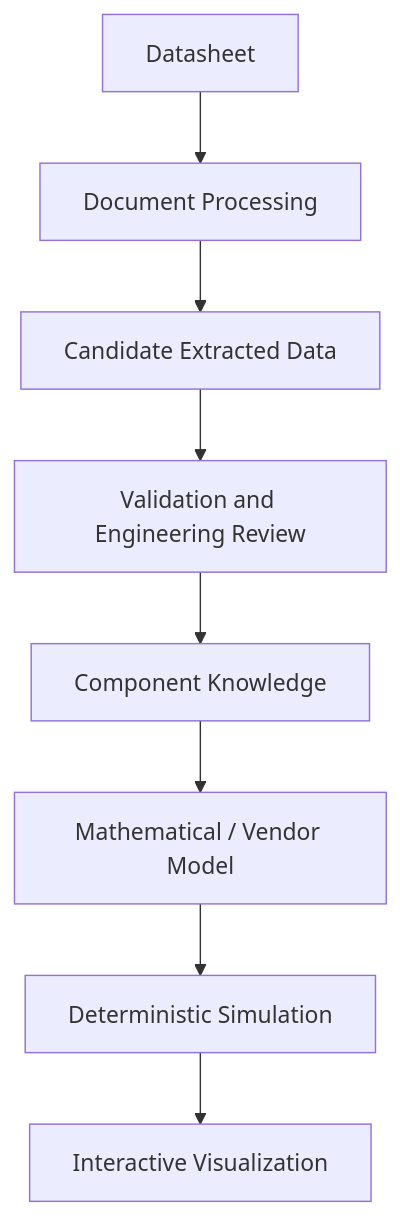
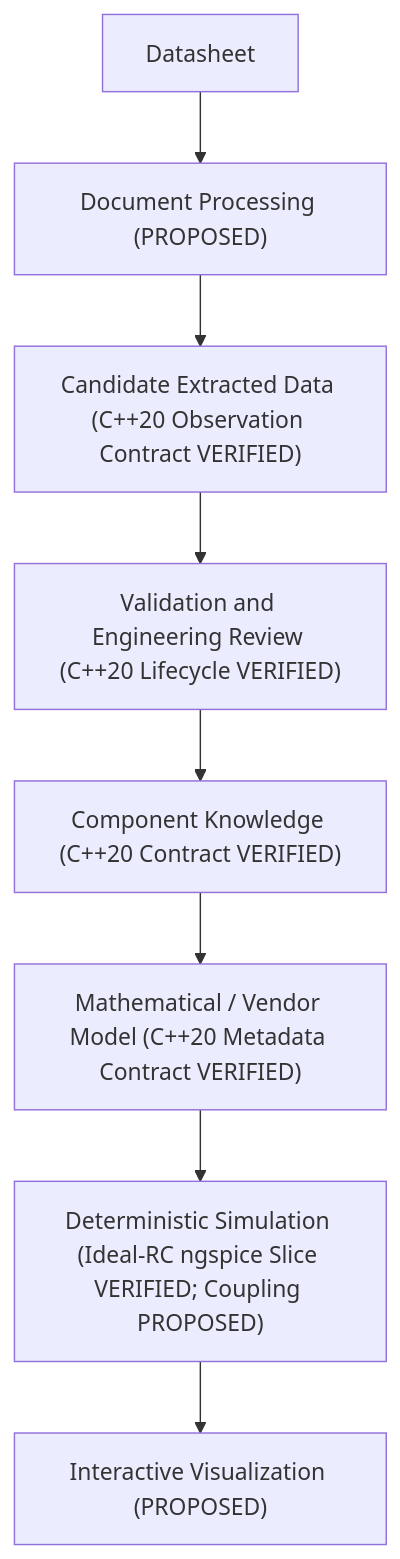
One commit to quocthaile/datasim changed the diagram in docs/ARCHITECTURE.md. Above: the diagram before and after it, drawn with Mermaid. The commit also changed other lines of this file and 11 other files, not shown here.

Commit message:
Document Phase 2 implementation, validation evidence, and updated architecture contracts

````diff
--- a/docs/ARCHITECTURE.md
+++ b/docs/ARCHITECTURE.md
@@ -12,10 +21,10 @@
 ```mermaid
 flowchart TD
-    DS["Datasheet"] --> DP["Document Processing"]
-    DP --> CE["Candidate Extracted Data"]
-    CE --> VR["Validation and Engineering Review"]
-    VR --> CK["Component Knowledge"]
-    CK --> MM["Mathematical / Vendor Model"]
-    MM --> SIM["Deterministic Simulation"]
-    SIM --> VIS["Interactive Visualization"]
+    DS["Datasheet"] --> DP["Document Processing (PROPOSED)"]
+    DP --> CE["Candidate Extracted Data (C++20 Observation Contract VERIFIED)"]
+    CE --> VR["Validation and Engineering Review (C++20 Lifecycle VERIFIED)"]
+    VR --> CK["Component Knowledge (C++20 Contract VERIFIED)"]
+    CK --> MM["Mathematical / Vendor Model (C++20 Metadata Contract VERIFIED)"]
+    MM --> SIM["Deterministic Simulation (Ideal-RC ngspice Slice VERIFIED; Coupling PROPOSED)"]
+    SIM --> VIS["Interactive Visualization (PROPOSED)"]
 ```
````
